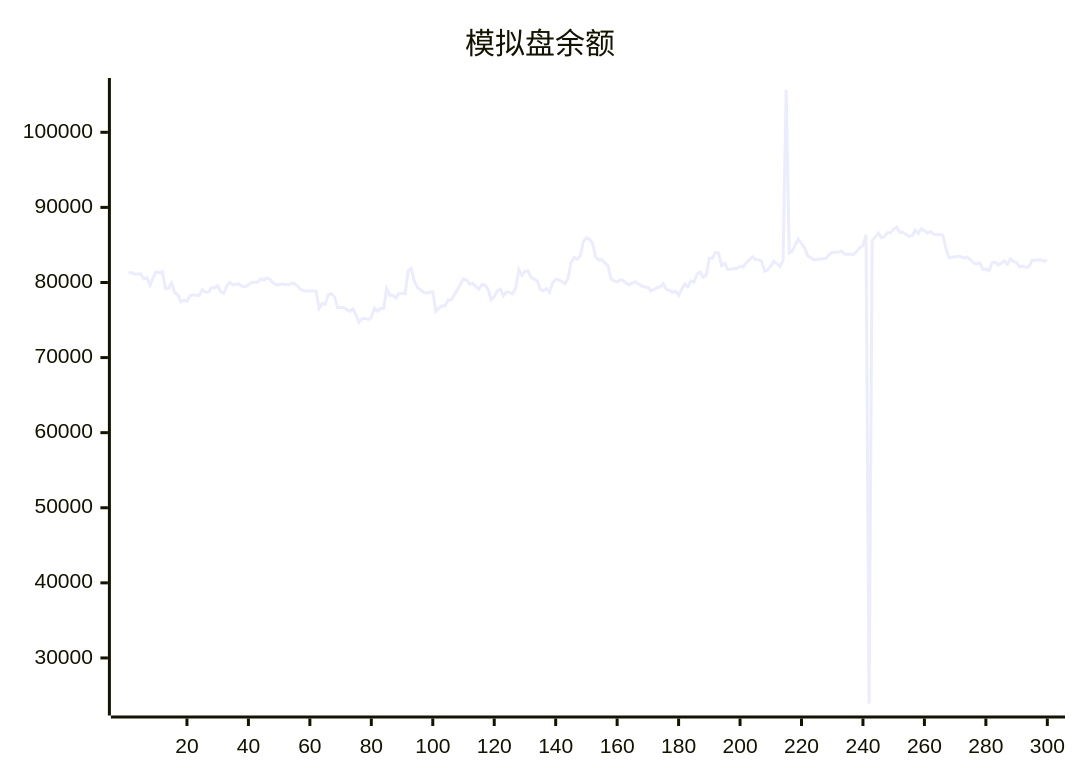
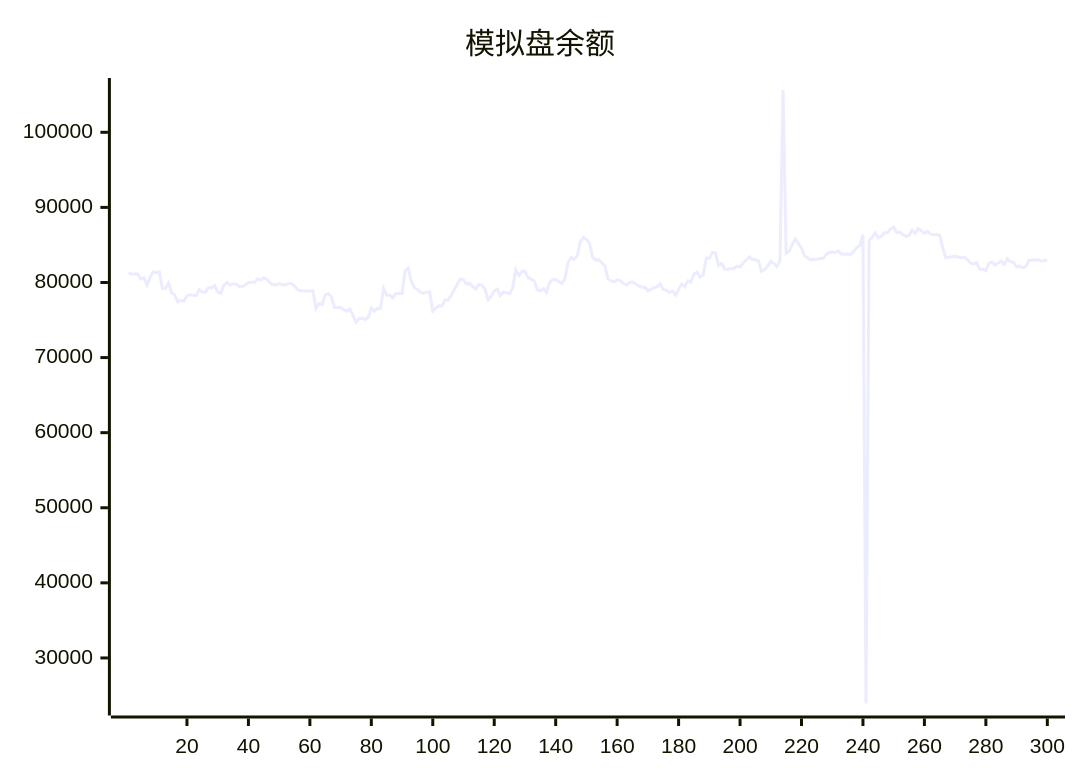
The diagram in README.md (aahl/ai-trading), drawn with Mermaid before and after one commit. The commit also changed other lines of this file and 1 other file, not shown here.

````diff
--- a/README.md
+++ b/README.md
@@ -5,5 +5,5 @@
 ```mermaid
 xychart
     title "模拟盘余额"
-    line [81309,81309,81106,81119,81119,80471,80631,79624,80670,81448,81290,81429,79212,79222,79940,78643,78380,77432,77623,77504,78235,78358,78284,78277,79048,78714,78714,79290,79308,79567,78763,78563,79603,79988,79652,79813,79813,79476,79469,79673,79995,80015,80015,80486,80314,80600,80436,79966,79689,79689,79819,79692,79692,79850,79850,79518,79071,78889,78850,78850,78878,78878,76554,77202,77103,78357,78510,78106,76678,76677,76672,76411,76159,76485,75656,74695,75197,75246,75052,75334,76564,76179,76553,76551,79196,78300,78300,77944,78531,78531,78521,81564,81884,80160,79335,79055,78675,78580,78708,78764,76179,76586,76902,76876,77658,77669,78346,79023,79769,80497,80366,79761,79896,79448,79126,79749,79658,79097,77695,78114,78888,79126,78249,78738,78653,78478,79271,81680,80923,81488,81527,80681,80455,80190,79084,78879,79193,78686,79954,80403,80374,80118,79848,80491,82665,83351,83098,83525,85430,85983,85737,85221,83378,83014,83043,82613,82216,80477,80208,80081,80348,80277,79894,79670,79965,80093,79786,79542,79406,79371,78893,79087,79304,79406,79841,79072,78978,78696,78846,78272,79085,79787,79442,80198,80031,81120,81379,80718,80985,83214,83212,83993,83921,82270,82547,81776,81776,81866,81866,82158,82061,82596,83000,83408,83041,83050,82858,81503,81691,82188,82812,82517,82092,82901,105633,83898,84180,85030,85781,85178,84604,83569,83298,83008,83093,83107,83175,83228,83729,84025,84017,84019,84177,83775,83762,83785,83738,84160,84639,84939,86370,23934,85548,86046,86599,85942,86161,86622,86664,87115,87369,86666,86685,86384,86152,86243,86969,86548,87164,86885,86566,86809,86427,86348,86417,86273,84538,83299,83369,83430,83490,83404,83270,83362,83056,82605,82459,82614,81734,81788,81551,82598,82702,82320,82580,82878,82426,83139,82778,82686,82056,82166,81963,82110,82951,82983,82984,83038,82838,82915]
+    line [81309,81106,81119,81119,80471,80631,79624,80670,81448,81290,81429,79212,79222,79940,78643,78380,77432,77623,77504,78235,78358,78284,78277,79048,78714,78714,79290,79308,79567,78763,78563,79603,79988,79652,79813,79813,79476,79469,79673,79995,80015,80015,80486,80314,80600,80436,79966,79689,79689,79819,79692,79692,79850,79850,79518,79071,78889,78850,78850,78878,78878,76554,77202,77103,78357,78510,78106,76678,76677,76672,76411,76159,76485,75656,74695,75197,75246,75052,75334,76564,76179,76553,76551,79196,78300,78300,77944,78531,78531,78521,81564,81884,80160,79335,79055,78675,78580,78708,78764,76179,76586,76902,76876,77658,77669,78346,79023,79769,80497,80366,79761,79896,79448,79126,79749,79658,79097,77695,78114,78888,79126,78249,78738,78653,78478,79271,81680,80923,81488,81527,80681,80455,80190,79084,78879,79193,78686,79954,80403,80374,80118,79848,80491,82665,83351,83098,83525,85430,85983,85737,85221,83378,83014,83043,82613,82216,80477,80208,80081,80348,80277,79894,79670,79965,80093,79786,79542,79406,79371,78893,79087,79304,79406,79841,79072,78978,78696,78846,78272,79085,79787,79442,80198,80031,81120,81379,80718,80985,83214,83212,83993,83921,82270,82547,81776,81776,81866,81866,82158,82061,82596,83000,83408,83041,83050,82858,81503,81691,82188,82812,82517,82092,82901,105633,83898,84180,85030,85781,85178,84604,83569,83298,83008,83093,83107,83175,83228,83729,84025,84017,84019,84177,83775,83762,83785,83738,84160,84639,84939,86370,23934,85548,86046,86599,85942,86161,86622,86664,87115,87369,86666,86685,86384,86152,86243,86969,86548,87164,86885,86566,86809,86427,86348,86417,86273,84538,83299,83369,83430,83490,83404,83270,83362,83056,82605,82459,82614,81734,81788,81551,82598,82702,82320,82580,82878,82426,83139,82778,82686,82056,82166,81963,82110,82951,82983,82984,83038,82838,82915,82998]
 ```
````
